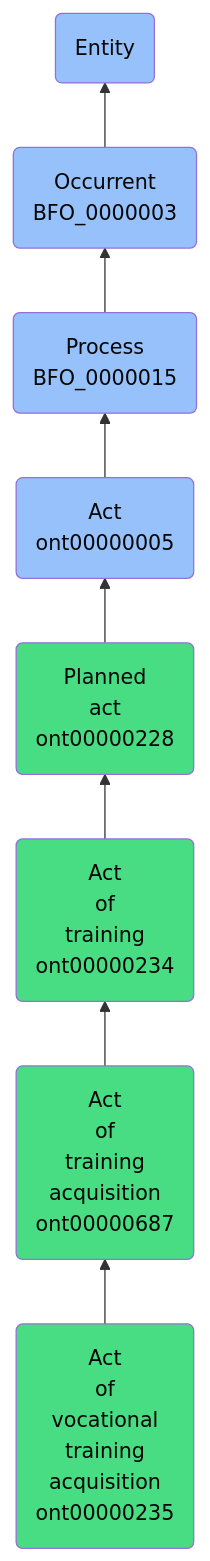
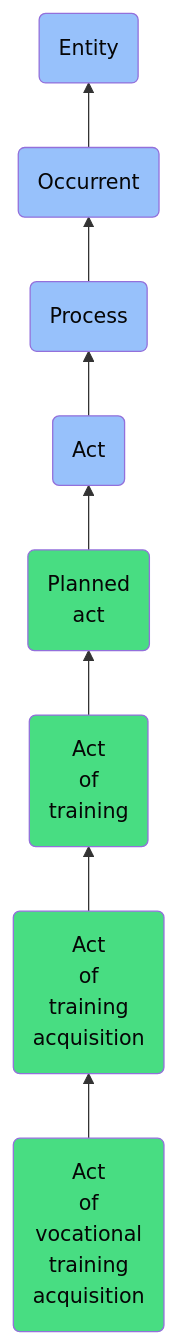
The diagram in docs/ontology/reference/model/Entity/Occurrent/Process/Act/Planned act/Act of training/Act of training acquisition/Act of vocational training acquisition/Act of vocational training acquisition.md (jupyter-naas/abi), drawn with Mermaid before and after one commit. The commit also changed other lines of this file and 1430 other files, not shown here.

````diff
--- a/docs/ontology/reference/model/Entity/Occurrent/Process/Act/Planned act/Act of training/Act of training acquisition/Act of vocational training acquisition/Act of vocational training acquisition.md
+++ b/docs/ontology/reference/model/Entity/Occurrent/Process/Act/Planned act/Act of training/Act of training acquisition/Act of vocational training acquisition/Act of vocational training acquisition.md
@@ -24,15 +24,15 @@
 ```mermaid
 graph BT
-    ont00000235(Act<br>of<br>vocational<br>training<br>acquisition<br>ont00000235):::ABI-->ont00000687
-    ont00000687(Act<br>of<br>training<br>acquisition<br>ont00000687):::ABI-->ont00000234
-    ont00000234(Act<br>of<br>training<br>ont00000234):::ABI-->ont00000228
-    ont00000228(Planned<br>act<br>ont00000228):::ABI-->ont00000005
-    ont00000005(Act<br>ont00000005):::BFO-->BFO_0000015
-    BFO_0000015(Process<br>BFO_0000015):::BFO-->BFO_0000003
-    BFO_0000003(Occurrent<br>BFO_0000003):::BFO-->BFO_0000001
+    ont00000235(Act<br>of<br>vocational<br>training<br>acquisition):::ABI-->ont00000687
+    ont00000687(Act<br>of<br>training<br>acquisition):::ABI-->ont00000234
+    ont00000234(Act<br>of<br>training):::ABI-->ont00000228
+    ont00000228(Planned<br>act):::ABI-->ont00000005
+    ont00000005(Act):::BFO-->BFO_0000015
+    BFO_0000015(Process):::BFO-->BFO_0000003
+    BFO_0000003(Occurrent):::BFO-->BFO_0000001
     BFO_0000001(Entity):::BFO
     
     classDef BFO fill:#97c1fb,color:#060606
     classDef CCO fill:#e4c51e,color:#060606
     classDef ABI fill:#48DD82,color:#060606
 ```
````
